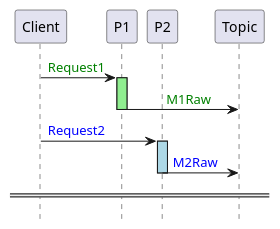
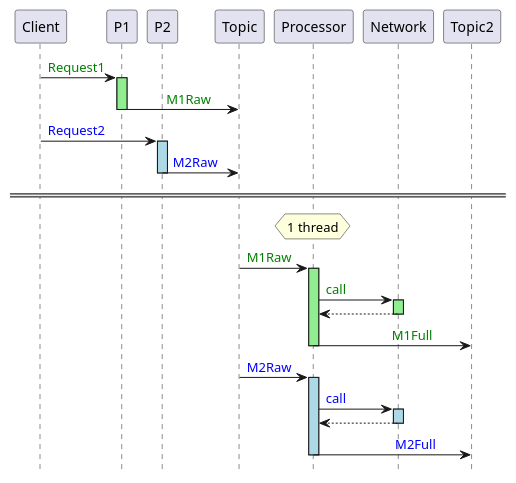
Before and after one commit to victorrentea/kafka: the diagram in patterns/devoxx/2_producer_send_asap.puml, drawn with PlantUML. The commit also changed 4 other files, not shown here.

```diff
--- a/patterns/devoxx/2_producer_send_asap.puml
+++ b/patterns/devoxx/2_producer_send_asap.puml
@@ -1,26 +1,26 @@
 @startuml
 'title Producer Race
 hide footbox
 participant Client
 participant P1
 participant P2
 
 Client->P1++ #lightgreen: <font color=green>Request1
 Topic<-P1--: <font color=green>           M1Raw
 Client->P2++ #lightblue: <font color=blue>Request2
 Topic<-P2--: <font color=blue> M2Raw
 ====
 '⭐️ Uncomment below, in chunks
-'hnote over Processor: 1 thread
-'Topic->Processor++ #lightgreen: <font color=green>M1Raw
+hnote over Processor: 1 thread
+Topic->Processor++ #lightgreen: <font color=green>M1Raw
 '
-'Processor->Network++ #lightgreen: <font color=green>call
-'Processor<--Network--
+Processor->Network++ #lightgreen: <font color=green>call
+Processor<--Network--
 '
-'Topic2<-Processor--: <font color=green>                     M1Full
+Topic2<-Processor--: <font color=green>                     M1Full
 '
-'Topic->Processor++ #lightblue: <font color=blue>M2Raw
-'Processor->Network++ #lightblue: <font color=blue>call
-'Processor<--Network--
-'Topic2<-Processor--: <font color=blue>                      M2Full
+Topic->Processor++ #lightblue: <font color=blue>M2Raw
+Processor->Network++ #lightblue: <font color=blue>call
+Processor<--Network--
+Topic2<-Processor--: <font color=blue>                      M2Full
 @enduml
```
